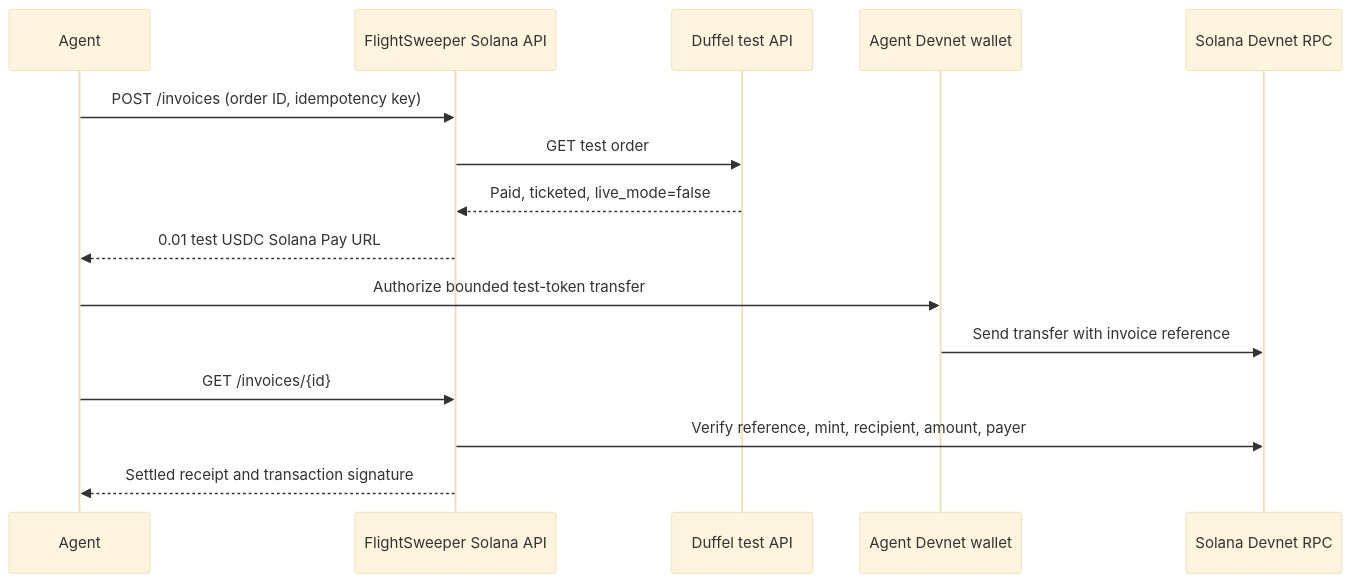
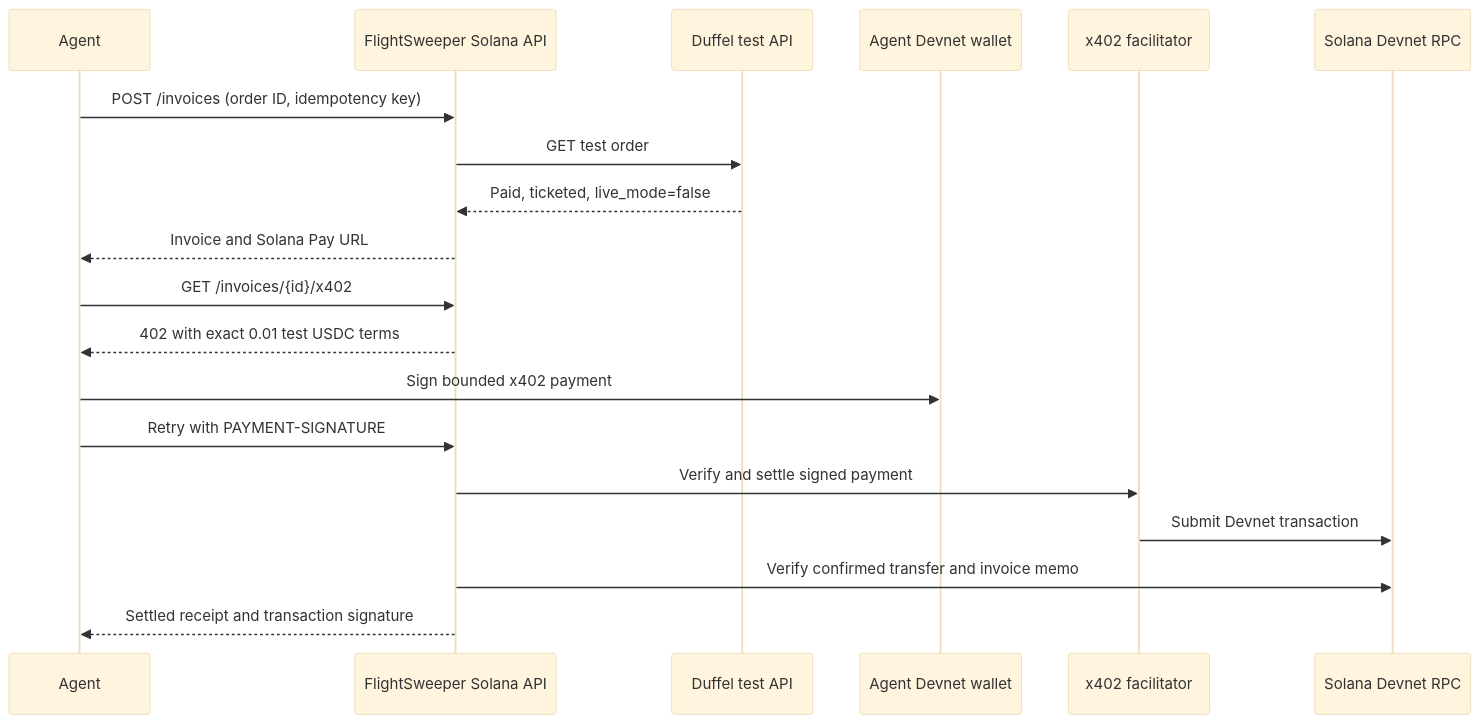
One commit to admin-raintree/flightsweeper-solana changed the diagram in README.md. Above: the diagram before and after it, drawn with Mermaid (base theme). The commit also changed other lines of this file and 12 other files, not shown here.

Commit message:
Add x402 Devnet payment and recovery

````diff
--- a/README.md
+++ b/README.md
@@ -23,17 +24,21 @@
 ```mermaid
 sequenceDiagram
     participant Agent
     participant API as FlightSweeper Solana API
     participant Duffel as Duffel test API
     participant Wallet as Agent Devnet wallet
+    participant Facilitator as x402 facilitator
     participant RPC as Solana Devnet RPC
     Agent->>API: POST /invoices (order ID, idempotency key)
     API->>Duffel: GET test order
     Duffel-->>API: Paid, ticketed, live_mode=false
-    API-->>Agent: 0.01 test USDC Solana Pay URL
-    Agent->>Wallet: Authorize bounded test-token transfer
-    Wallet->>RPC: Send transfer with invoice reference
-    Agent->>API: GET /invoices/{id}
-    API->>RPC: Verify reference, mint, recipient, amount, payer
+    API-->>Agent: Invoice and Solana Pay URL
+    Agent->>API: GET /invoices/{id}/x402
+    API-->>Agent: 402 with exact 0.01 test USDC terms
+    Agent->>Wallet: Sign bounded x402 payment
+    Agent->>API: Retry with PAYMENT-SIGNATURE
+    API->>Facilitator: Verify and settle signed payment
+    Facilitator->>RPC: Submit Devnet transaction
+    API->>RPC: Verify confirmed transfer and invoice memo
     API-->>Agent: Settled receipt and transaction signature
 ```
````
